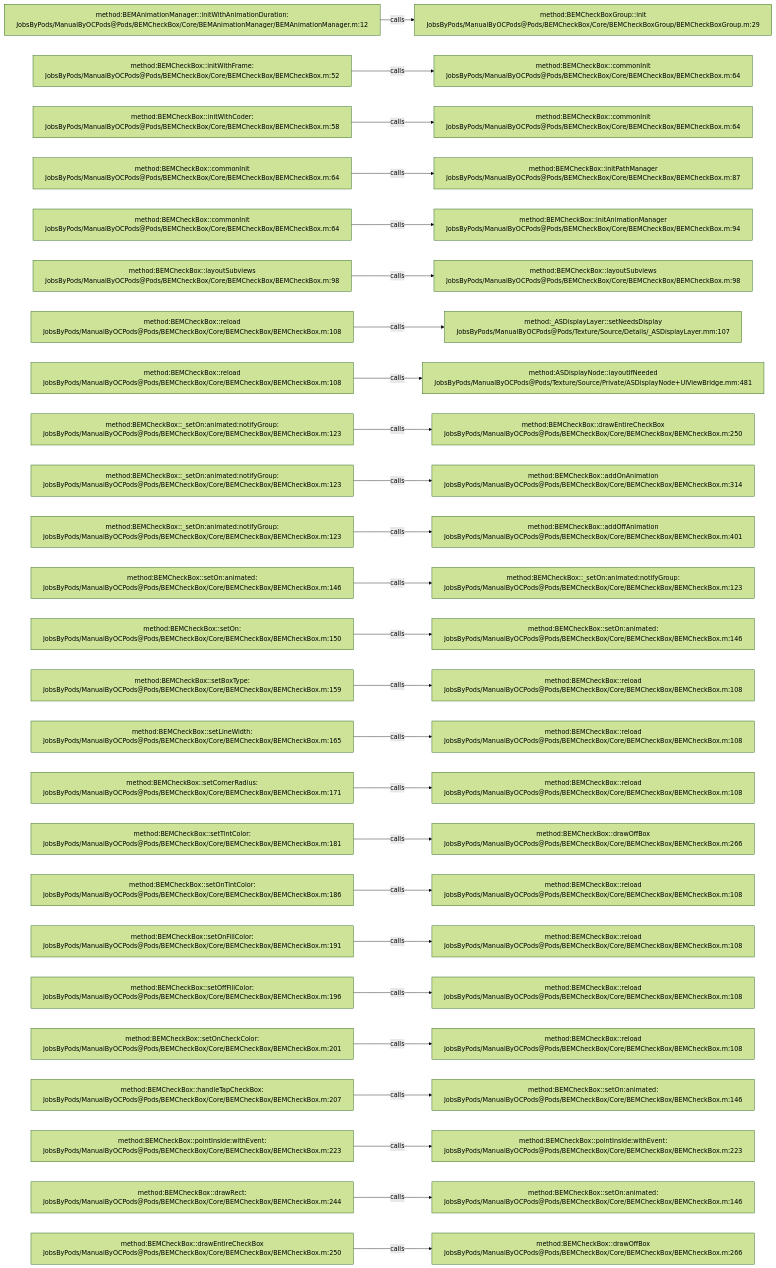
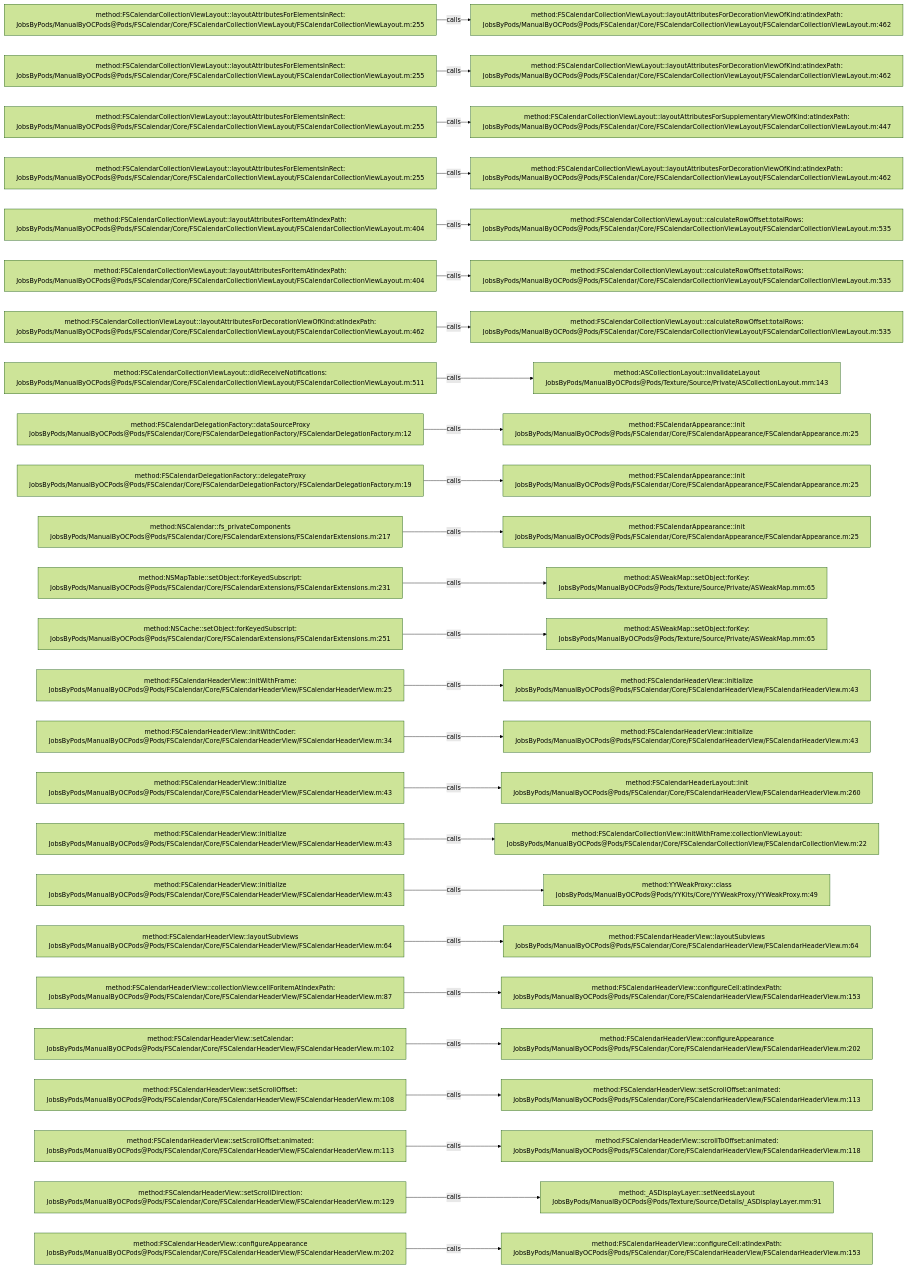
One commit to JobsKits/JobsOCBaseConfigDemo changed the diagram in .codegraph/codegraph.md/graphs/calls-008.md. Above: the diagram before and after it, drawn with Mermaid (forest theme). The commit also changed 2723 other files, not shown here.

````diff
--- a/.codegraph/codegraph.md/graphs/calls-008.md
+++ b/.codegraph/codegraph.md/graphs/calls-008.md
@@ -13,78 +13,78 @@
 ```mermaid
 flowchart LR
-  S1["method:BEMAnimationManager::initWithAnimationDuration:<br/>JobsByPods/ManualByOCPods@Pods/BEMCheckBox/Core/BEMAnimationManager/BEMAnimationManager.m:12"]
-  T1["method:BEMCheckBoxGroup::init<br/>JobsByPods/ManualByOCPods@Pods/BEMCheckBox/Core/BEMCheckBoxGroup/BEMCheckBoxGroup.m:29"]
+  S1["method:FSCalendarCollectionViewLayout::layoutAttributesForElementsInRect:<br/>JobsByPods/ManualByOCPods@Pods/FSCalendar/Core/FSCalendarCollectionViewLayout/FSCalendarCollectionViewLayout.m:255"]
+  T1["method:FSCalendarCollectionViewLayout::layoutAttributesForDecorationViewOfKind:atIndexPath:<br/>JobsByPods/ManualByOCPods@Pods/FSCalendar/Core/FSCalendarCollectionViewLayout/FSCalendarCollectionViewLayout.m:462"]
   S1 -->|calls| T1
-  S2["method:BEMCheckBox::initWithFrame:<br/>JobsByPods/ManualByOCPods@Pods/BEMCheckBox/Core/BEMCheckBox/BEMCheckBox.m:52"]
-  T2["method:BEMCheckBox::commonInit<br/>JobsByPods/ManualByOCPods@Pods/BEMCheckBox/Core/BEMCheckBox/BEMCheckBox.m:64"]
+  S2["method:FSCalendarCollectionViewLayout::layoutAttributesForElementsInRect:<br/>JobsByPods/ManualByOCPods@Pods/FSCalendar/Core/FSCalendarCollectionViewLayout/FSCalendarCollectionViewLayout.m:255"]
+  T2["method:FSCalendarCollectionViewLayout::layoutAttributesForDecorationViewOfKind:atIndexPath:<br/>JobsByPods/ManualByOCPods@Pods/FSCalendar/Core/FSCalendarCollectionViewLayout/FSCalendarCollectionViewLayout.m:462"]
   S2 -->|calls| T2
-  S3["method:BEMCheckBox::initWithCoder:<br/>JobsByPods/ManualByOCPods@Pods/BEMCheckBox/Core/BEMCheckBox/BEMCheckBox.m:58"]
-  T3["method:BEMCheckBox::commonInit<br/>JobsByPods/ManualByOCPods@Pods/BEMCheckBox/Core/BEMCheckBox/BEMCheckBox.m:64"]
+  S3["method:FSCalendarCollectionViewLayout::layoutAttributesForElementsInRect:<br/>JobsByPods/ManualByOCPods@Pods/FSCalendar/Core/FSCalendarCollectionViewLayout/FSCalendarCollectionViewLayout.m:255"]
+  T3["method:FSCalendarCollectionViewLayout::layoutAttributesForSupplementaryViewOfKind:atIndexPath:<br/>JobsByPods/ManualByOCPods@Pods/FSCalendar/Core/FSCalendarCollectionViewLayout/FSCalendarCollectionViewLayout.m:447"]
   S3 -->|calls| T3
-  S4["method:BEMCheckBox::commonInit<br/>JobsByPods/ManualByOCPods@Pods/BEMCheckBox/Core/BEMCheckBox/BEMCheckBox.m:64"]
-  T4["method:BEMCheckBox::initPathManager<br/>JobsByPods/ManualByOCPods@Pods/BEMCheckBox/Core/BEMCheckBox/BEMCheckBox.m:87"]
+  S4["method:FSCalendarCollectionViewLayout::layoutAttributesForElementsInRect:<br/>JobsByPods/ManualByOCPods@Pods/FSCalendar/Core/FSCalendarCollectionViewLayout/FSCalendarCollectionViewLayout.m:255"]
+  T4["method:FSCalendarCollectionViewLayout::layoutAttributesForDecorationViewOfKind:atIndexPath:<br/>JobsByPods/ManualByOCPods@Pods/FSCalendar/Core/FSCalendarCollectionViewLayout/FSCalendarCollectionViewLayout.m:462"]
   S4 -->|calls| T4
-  S5["method:BEMCheckBox::commonInit<br/>JobsByPods/ManualByOCPods@Pods/BEMCheckBox/Core/BEMCheckBox/BEMCheckBox.m:64"]
-  T5["method:BEMCheckBox::initAnimationManager<br/>JobsByPods/ManualByOCPods@Pods/BEMCheckBox/Core/BEMCheckBox/BEMCheckBox.m:94"]
+  S5["method:FSCalendarCollectionViewLayout::layoutAttributesForItemAtIndexPath:<br/>JobsByPods/ManualByOCPods@Pods/FSCalendar/Core/FSCalendarCollectionViewLayout/FSCalendarCollectionViewLayout.m:404"]
+  T5["method:FSCalendarCollectionViewLayout::calculateRowOffset:totalRows:<br/>JobsByPods/ManualByOCPods@Pods/FSCalendar/Core/FSCalendarCollectionViewLayout/FSCalendarCollectionViewLayout.m:535"]
   S5 -->|calls| T5
-  S6["method:BEMCheckBox::layoutSubviews<br/>JobsByPods/ManualByOCPods@Pods/BEMCheckBox/Core/BEMCheckBox/BEMCheckBox.m:98"]
-  T6["method:BEMCheckBox::layoutSubviews<br/>JobsByPods/ManualByOCPods@Pods/BEMCheckBox/Core/BEMCheckBox/BEMCheckBox.m:98"]
+  S6["method:FSCalendarCollectionViewLayout::layoutAttributesForItemAtIndexPath:<br/>JobsByPods/ManualByOCPods@Pods/FSCalendar/Core/FSCalendarCollectionViewLayout/FSCalendarCollectionViewLayout.m:404"]
+  T6["method:FSCalendarCollectionViewLayout::calculateRowOffset:totalRows:<br/>JobsByPods/ManualByOCPods@Pods/FSCalendar/Core/FSCalendarCollectionViewLayout/FSCalendarCollectionViewLayout.m:535"]
   S6 -->|calls| T6
-  S7["method:BEMCheckBox::reload<br/>JobsByPods/ManualByOCPods@Pods/BEMCheckBox/Core/BEMCheckBox/BEMCheckBox.m:108"]
-  T7["method:_ASDisplayLayer::setNeedsDisplay<br/>JobsByPods/ManualByOCPods@Pods/Texture/Source/Details/_ASDisplayLayer.mm:107"]
+  S7["method:FSCalendarCollectionViewLayout::layoutAttributesForDecorationViewOfKind:atIndexPath:<br/>JobsByPods/ManualByOCPods@Pods/FSCalendar/Core/FSCalendarCollectionViewLayout/FSCalendarCollectionViewLayout.m:462"]
+  T7["method:FSCalendarCollectionViewLayout::calculateRowOffset:totalRows:<br/>JobsByPods/ManualByOCPods@Pods/FSCalendar/Core/FSCalendarCollectionViewLayout/FSCalendarCollectionViewLayout.m:535"]
   S7 -->|calls| T7
-  S8["method:BEMCheckBox::reload<br/>JobsByPods/ManualByOCPods@Pods/BEMCheckBox/Core/BEMCheckBox/BEMCheckBox.m:108"]
-  T8["method:ASDisplayNode::layoutIfNeeded<br/>JobsByPods/ManualByOCPods@Pods/Texture/Source/Private/ASDisplayNode+UIViewBridge.mm:481"]
+  S8["method:FSCalendarCollectionViewLayout::didReceiveNotifications:<br/>JobsByPods/ManualByOCPods@Pods/FSCalendar/Core/FSCalendarCollectionViewLayout/FSCalendarCollectionViewLayout.m:511"]
+  T8["method:ASCollectionLayout::invalidateLayout<br/>JobsByPods/ManualByOCPods@Pods/Texture/Source/Private/ASCollectionLayout.mm:143"]
   S8 -->|calls| T8
-  S9["method:BEMCheckBox::_setOn:animated:notifyGroup:<br/>JobsByPods/ManualByOCPods@Pods/BEMCheckBox/Core/BEMCheckBox/BEMCheckBox.m:123"]
-  T9["method:BEMCheckBox::drawEntireCheckBox<br/>JobsByPods/ManualByOCPods@Pods/BEMCheckBox/Core/BEMCheckBox/BEMCheckBox.m:250"]
+  S9["method:FSCalendarDelegationFactory::dataSourceProxy<br/>JobsByPods/ManualByOCPods@Pods/FSCalendar/Core/FSCalendarDelegationFactory/FSCalendarDelegationFactory.m:12"]
+  T9["method:FSCalendarAppearance::init<br/>JobsByPods/ManualByOCPods@Pods/FSCalendar/Core/FSCalendarAppearance/FSCalendarAppearance.m:25"]
   S9 -->|calls| T9
-  S10["method:BEMCheckBox::_setOn:animated:notifyGroup:<br/>JobsByPods/ManualByOCPods@Pods/BEMCheckBox/Core/BEMCheckBox/BEMCheckBox.m:123"]
-  T10["method:BEMCheckBox::addOnAnimation<br/>JobsByPods/ManualByOCPods@Pods/BEMCheckBox/Core/BEMCheckBox/BEMCheckBox.m:314"]
+  S10["method:FSCalendarDelegationFactory::delegateProxy<br/>JobsByPods/ManualByOCPods@Pods/FSCalendar/Core/FSCalendarDelegationFactory/FSCalendarDelegationFactory.m:19"]
+  T10["method:FSCalendarAppearance::init<br/>JobsByPods/ManualByOCPods@Pods/FSCalendar/Core/FSCalendarAppearance/FSCalendarAppearance.m:25"]
   S10 -->|calls| T10
-  S11["method:BEMCheckBox::_setOn:animated:notifyGroup:<br/>JobsByPods/ManualByOCPods@Pods/BEMCheckBox/Core/BEMCheckBox/BEMCheckBox.m:123"]
-  T11["method:BEMCheckBox::addOffAnimation<br/>JobsByPods/ManualByOCPods@Pods/BEMCheckBox/Core/BEMCheckBox/BEMCheckBox.m:401"]
+  S11["method:NSCalendar::fs_privateComponents<br/>JobsByPods/ManualByOCPods@Pods/FSCalendar/Core/FSCalendarExtensions/FSCalendarExtensions.m:217"]
+  T11["method:FSCalendarAppearance::init<br/>JobsByPods/ManualByOCPods@Pods/FSCalendar/Core/FSCalendarAppearance/FSCalendarAppearance.m:25"]
   S11 -->|calls| T11
-  S12["method:BEMCheckBox::setOn:animated:<br/>JobsByPods/ManualByOCPods@Pods/BEMCheckBox/Core/BEMCheckBox/BEMCheckBox.m:146"]
-  T12["method:BEMCheckBox::_setOn:animated:notifyGroup:<br/>JobsByPods/ManualByOCPods@Pods/BEMCheckBox/Core/BEMCheckBox/BEMCheckBox.m:123"]
+  S12["method:NSMapTable::setObject:forKeyedSubscript:<br/>JobsByPods/ManualByOCPods@Pods/FSCalendar/Core/FSCalendarExtensions/FSCalendarExtensions.m:231"]
+  T12["method:ASWeakMap::setObject:forKey:<br/>JobsByPods/ManualByOCPods@Pods/Texture/Source/Private/ASWeakMap.mm:65"]
   S12 -->|calls| T12
-  S13["method:BEMCheckBox::setOn:<br/>JobsByPods/ManualByOCPods@Pods/BEMCheckBox/Core/BEMCheckBox/BEMCheckBox.m:150"]
-  T13["method:BEMCheckBox::setOn:animated:<br/>JobsByPods/ManualByOCPods@Pods/BEMCheckBox/Core/BEMCheckBox/BEMCheckBox.m:146"]
+  S13["method:NSCache::setObject:forKeyedSubscript:<br/>JobsByPods/ManualByOCPods@Pods/FSCalendar/Core/FSCalendarExtensions/FSCalendarExtensions.m:251"]
+  T13["method:ASWeakMap::setObject:forKey:<br/>JobsByPods/ManualByOCPods@Pods/Texture/Source/Private/ASWeakMap.mm:65"]
   S13 -->|calls| T13
-  S14["method:BEMCheckBox::setBoxType:<br/>JobsByPods/ManualByOCPods@Pods/BEMCheckBox/Core/BEMCheckBox/BEMCheckBox.m:159"]
-  T14["method:BEMCheckBox::reload<br/>JobsByPods/ManualByOCPods@Pods/BEMCheckBox/Core/BEMCheckBox/BEMCheckBox.m:108"]
+  S14["method:FSCalendarHeaderView::initWithFrame:<br/>JobsByPods/ManualByOCPods@Pods/FSCalendar/Core/FSCalendarHeaderView/FSCalendarHeaderView.m:25"]
+  T14["method:FSCalendarHeaderView::initialize<br/>JobsByPods/ManualByOCPods@Pods/FSCalendar/Core/FSCalendarHeaderView/FSCalendarHeaderView.m:43"]
   S14 -->|calls| T14
-  S15["method:BEMCheckBox::setLineWidth:<br/>JobsByPods/ManualByOCPods@Pods/BEMCheckBox/Core/BEMCheckBox/BEMCheckBox.m:165"]
-  T15["method:BEMCheckBox::reload<br/>JobsByPods/ManualByOCPods@Pods/BEMCheckBox/Core/BEMCheckBox/BEMCheckBox.m:108"]
+  S15["method:FSCalendarHeaderView::initWithCoder:<br/>JobsByPods/ManualByOCPods@Pods/FSCalendar/Core/FSCalendarHeaderView/FSCalendarHeaderView.m:34"]
+  T15["method:FSCalendarHeaderView::initialize<br/>JobsByPods/ManualByOCPods@Pods/FSCalendar/Core/FSCalendarHeaderView/FSCalendarHeaderView.m:43"]
   S15 -->|calls| T15
-  S16["method:BEMCheckBox::setCornerRadius:<br/>JobsByPods/ManualByOCPods@Pods/BEMCheckBox/Core/BEMCheckBox/BEMCheckBox.m:171"]
-  T16["method:BEMCheckBox::reload<br/>JobsByPods/ManualByOCPods@Pods/BEMCheckBox/Core/BEMCheckBox/BEMCheckBox.m:108"]
+  S16["method:FSCalendarHeaderView::initialize<br/>JobsByPods/ManualByOCPods@Pods/FSCalendar/Core/FSCalendarHeaderView/FSCalendarHeaderView.m:43"]
+  T16["method:FSCalendarHeaderLayout::init<br/>JobsByPods/ManualByOCPods@Pods/FSCalendar/Core/FSCalendarHeaderView/FSCalendarHeaderView.m:260"]
   S16 -->|calls| T16
-  S17["method:BEMCheckBox::setTintColor:<br/>JobsByPods/ManualByOCPods@Pods/BEMCheckBox/Core/BEMCheckBox/BEMCheckBox.m:181"]
-  T17["method:BEMCheckBox::drawOffBox<br/>JobsByPods/ManualByOCPods@Pods/BEMCheckBox/Core/BEMCheckBox/BEMCheckBox.m:266"]
+  S17["method:FSCalendarHeaderView::initialize<br/>JobsByPods/ManualByOCPods@Pods/FSCalendar/Core/FSCalendarHeaderView/FSCalendarHeaderView.m:43"]
+  T17["method:FSCalendarCollectionView::initWithFrame:collectionViewLayout:<br/>JobsByPods/ManualByOCPods@Pods/FSCalendar/Core/FSCalendarCollectionView/FSCalendarCollectionView.m:22"]
   S17 -->|calls| T17
-  S18["method:BEMCheckBox::setOnTintColor:<br/>JobsByPods/ManualByOCPods@Pods/BEMCheckBox/Core/BEMCheckBox/BEMCheckBox.m:186"]
-  T18["method:BEMCheckBox::reload<br/>JobsByPods/ManualByOCPods@Pods/BEMCheckBox/Core/BEMCheckBox/BEMCheckBox.m:108"]
+  S18["method:FSCalendarHeaderView::initialize<br/>JobsByPods/ManualByOCPods@Pods/FSCalendar/Core/FSCalendarHeaderView/FSCalendarHeaderView.m:43"]
+  T18["method:YYWeakProxy::class<br/>JobsByPods/ManualByOCPods@Pods/YYKits/Core/YYWeakProxy/YYWeakProxy.m:49"]
   S18 -->|calls| T18
-  S19["method:BEMCheckBox::setOnFillColor:<br/>JobsByPods/ManualByOCPods@Pods/BEMCheckBox/Core/BEMCheckBox/BEMCheckBox.m:191"]
-  T19["method:BEMCheckBox::reload<br/>JobsByPods/ManualByOCPods@Pods/BEMCheckBox/Core/BEMCheckBox/BEMCheckBox.m:108"]
+  S19["method:FSCalendarHeaderView::layoutSubviews<br/>JobsByPods/ManualByOCPods@Pods/FSCalendar/Core/FSCalendarHeaderView/FSCalendarHeaderView.m:64"]
+  T19["method:FSCalendarHeaderView::layoutSubviews<br/>JobsByPods/ManualByOCPods@Pods/FSCalendar/Core/FSCalendarHeaderView/FSCalendarHeaderView.m:64"]
   S19 -->|calls| T19
-  S20["method:BEMCheckBox::setOffFillColor:<br/>JobsByPods/ManualByOCPods@Pods/BEMCheckBox/Core/BEMCheckBox/BEMCheckBox.m:196"]
-  T20["method:BEMCheckBox::reload<br/>JobsByPods/ManualByOCPods@Pods/BEMCheckBox/Core/BEMCheckBox/BEMCheckBox.m:108"]
+  S20["method:FSCalendarHeaderView::collectionView:cellForItemAtIndexPath:<br/>JobsByPods/ManualByOCPods@Pods/FSCalendar/Core/FSCalendarHeaderView/FSCalendarHeaderView.m:87"]
+  T20["method:FSCalendarHeaderView::configureCell:atIndexPath:<br/>JobsByPods/ManualByOCPods@Pods/FSCalendar/Core/FSCalendarHeaderView/FSCalendarHeaderView.m:153"]
   S20 -->|calls| T20
-  S21["method:BEMCheckBox::setOnCheckColor:<br/>JobsByPods/ManualByOCPods@Pods/BEMCheckBox/Core/BEMCheckBox/BEMCheckBox.m:201"]
-  T21["method:BEMCheckBox::reload<br/>JobsByPods/ManualByOCPods@Pods/BEMCheckBox/Core/BEMCheckBox/BEMCheckBox.m:108"]
+  S21["method:FSCalendarHeaderView::setCalendar:<br/>JobsByPods/ManualByOCPods@Pods/FSCalendar/Core/FSCalendarHeaderView/FSCalendarHeaderView.m:102"]
+  T21["method:FSCalendarHeaderView::configureAppearance<br/>JobsByPods/ManualByOCPods@Pods/FSCalendar/Core/FSCalendarHeaderView/FSCalendarHeaderView.m:202"]
   S21 -->|calls| T21
-  S22["method:BEMCheckBox::handleTapCheckBox:<br/>JobsByPods/ManualByOCPods@Pods/BEMCheckBox/Core/BEMCheckBox/BEMCheckBox.m:207"]
-  T22["method:BEMCheckBox::setOn:animated:<br/>JobsByPods/ManualByOCPods@Pods/BEMCheckBox/Core/BEMCheckBox/BEMCheckBox.m:146"]
+  S22["method:FSCalendarHeaderView::setScrollOffset:<br/>JobsByPods/ManualByOCPods@Pods/FSCalendar/Core/FSCalendarHeaderView/FSCalendarHeaderView.m:108"]
+  T22["method:FSCalendarHeaderView::setScrollOffset:animated:<br/>JobsByPods/ManualByOCPods@Pods/FSCalendar/Core/FSCalendarHeaderView/FSCalendarHeaderView.m:113"]
   S22 -->|calls| T22
-  S23["method:BEMCheckBox::pointInside:withEvent:<br/>JobsByPods/ManualByOCPods@Pods/BEMCheckBox/Core/BEMCheckBox/BEMCheckBox.m:223"]
-  T23["method:BEMCheckBox::pointInside:withEvent:<br/>JobsByPods/ManualByOCPods@Pods/BEMCheckBox/Core/BEMCheckBox/BEMCheckBox.m:223"]
+  S23["method:FSCalendarHeaderView::setScrollOffset:animated:<br/>JobsByPods/ManualByOCPods@Pods/FSCalendar/Core/FSCalendarHeaderView/FSCalendarHeaderView.m:113"]
+  T23["method:FSCalendarHeaderView::scrollToOffset:animated:<br/>JobsByPods/ManualByOCPods@Pods/FSCalendar/Core/FSCalendarHeaderView/FSCalendarHeaderView.m:118"]
   S23 -->|calls| T23
-  S24["method:BEMCheckBox::drawRect:<br/>JobsByPods/ManualByOCPods@Pods/BEMCheckBox/Core/BEMCheckBox/BEMCheckBox.m:244"]
-  T24["method:BEMCheckBox::setOn:animated:<br/>JobsByPods/ManualByOCPods@Pods/BEMCheckBox/Core/BEMCheckBox/BEMCheckBox.m:146"]
+  S24["method:FSCalendarHeaderView::setScrollDirection:<br/>JobsByPods/ManualByOCPods@Pods/FSCalendar/Core/FSCalendarHeaderView/FSCalendarHeaderView.m:129"]
+  T24["method:_ASDisplayLayer::setNeedsLayout<br/>JobsByPods/ManualByOCPods@Pods/Texture/Source/Details/_ASDisplayLayer.mm:91"]
   S24 -->|calls| T24
-  S25["method:BEMCheckBox::drawEntireCheckBox<br/>JobsByPods/ManualByOCPods@Pods/BEMCheckBox/Core/BEMCheckBox/BEMCheckBox.m:250"]
-  T25["method:BEMCheckBox::drawOffBox<br/>JobsByPods/ManualByOCPods@Pods/BEMCheckBox/Core/BEMCheckBox/BEMCheckBox.m:266"]
+  S25["method:FSCalendarHeaderView::configureAppearance<br/>JobsByPods/ManualByOCPods@Pods/FSCalendar/Core/FSCalendarHeaderView/FSCalendarHeaderView.m:202"]
+  T25["method:FSCalendarHeaderView::configureCell:atIndexPath:<br/>JobsByPods/ManualByOCPods@Pods/FSCalendar/Core/FSCalendarHeaderView/FSCalendarHeaderView.m:153"]
   S25 -->|calls| T25
 ```
````
